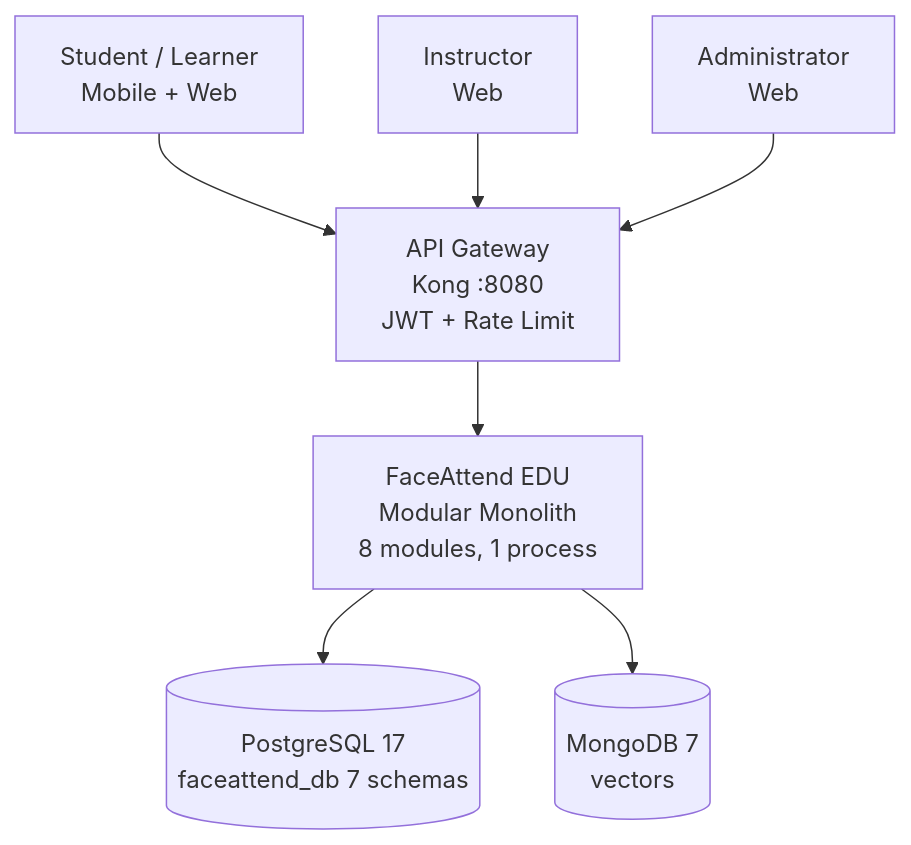
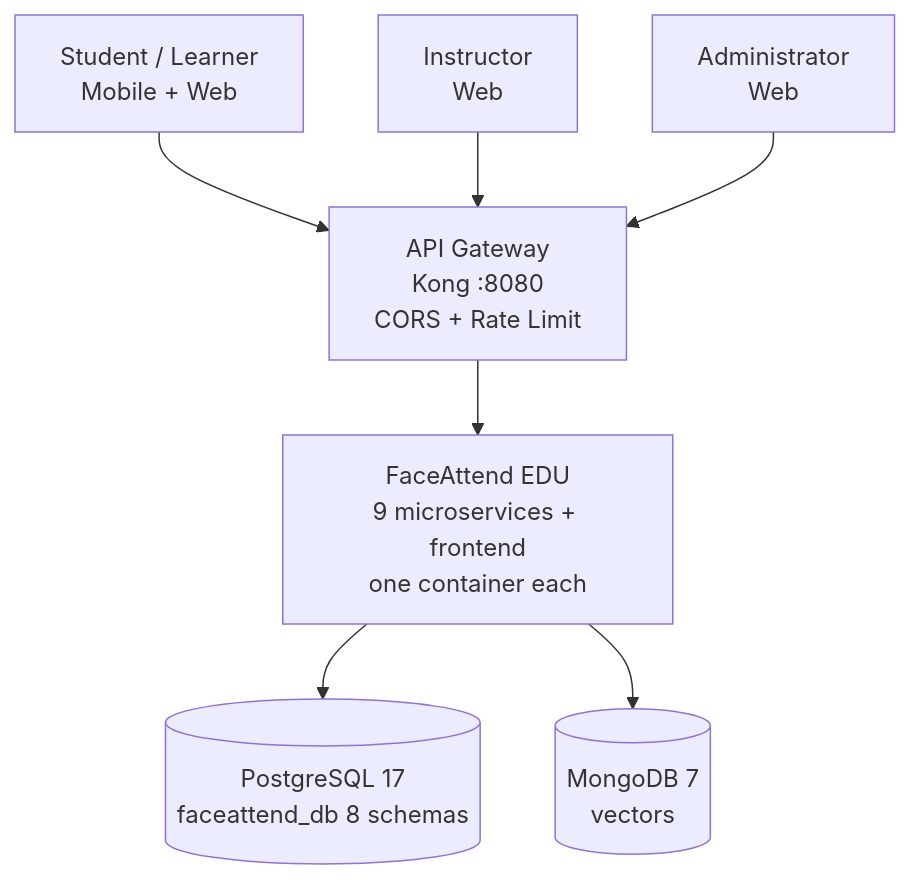
Before and after one commit to code-sena/fae-docs: the first of 2 diagrams in 05-architecture/overview.md, drawn with Mermaid. The commit also changed other lines of this file and 108 other files, not shown here.

````diff
--- a/05-architecture/overview.md
+++ b/05-architecture/overview.md
@@ -23,16 +34,16 @@
 ```mermaid
 graph TB
   Learner[Student / Learner<br/>Mobile + Web]
   Instructor[Instructor<br/>Web]
   Admin[Administrator<br/>Web]
-  GW[API Gateway<br/>Kong :8080<br/>JWT + Rate Limit]
-  APP[FaceAttend EDU<br/>Modular Monolith<br/>8 modules, 1 process]
-  PG[(PostgreSQL 17<br/>faceattend_db 7 schemas)]
+  GW[API Gateway<br/>Kong :8080<br/>CORS + Rate Limit]
+  APP[FaceAttend EDU<br/>9 microservices + frontend<br/>one container each]
+  PG[(PostgreSQL 17<br/>faceattend_db 8 schemas)]
   MG[(MongoDB 7<br/>vectors)]
   Learner --> GW
   Instructor --> GW
   Admin --> GW
   GW --> APP
   APP --> PG
   APP --> MG
 ```
````
